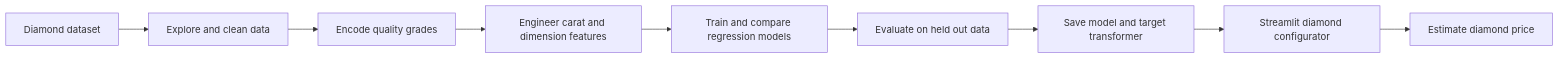
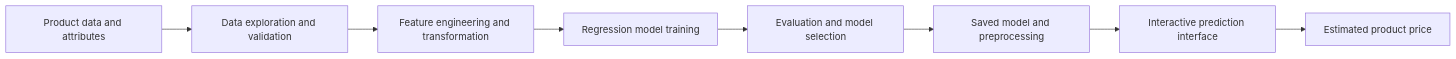
Before and after one commit to TeslimAdeyanju/Product-Price-Prediction-and-Analytics: the diagram in README.md, drawn with Mermaid. The commit also changed other lines of this file, not shown here.

Commit message:
Refocus README narrative on product price prediction and analytics

````diff
--- a/README.md
+++ b/README.md
@@ -48,11 +33,10 @@
 ```mermaid
 flowchart LR
-    A[Diamond dataset] --> B[Explore and clean data]
-    B --> C[Encode quality grades]
-    C --> D[Engineer carat and dimension features]
-    D --> E[Train and compare regression models]
-    E --> F[Evaluate on held out data]
-    F --> G[Save model and target transformer]
-    G --> H[Streamlit diamond configurator]
-    H --> I[Estimate diamond price]
+    A[Product data and attributes] --> B[Data exploration and validation]
+    B --> C[Feature engineering and transformation]
+    C --> D[Regression model training]
+    D --> E[Evaluation and model selection]
+    E --> F[Saved model and preprocessing]
+    F --> G[Interactive prediction interface]
+    G --> H[Estimated product price]
 ```
````
